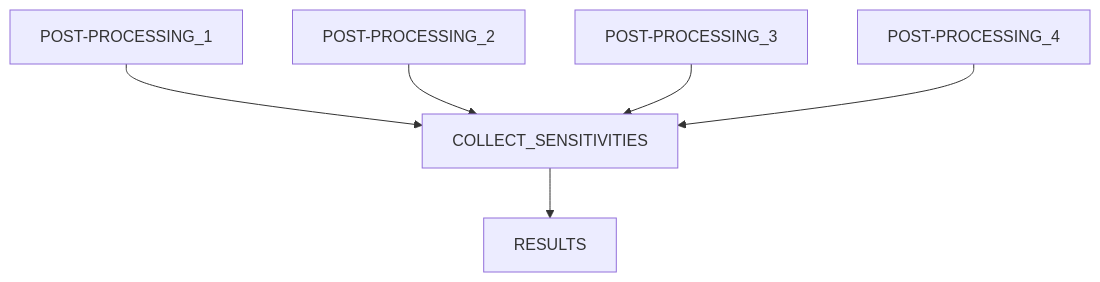
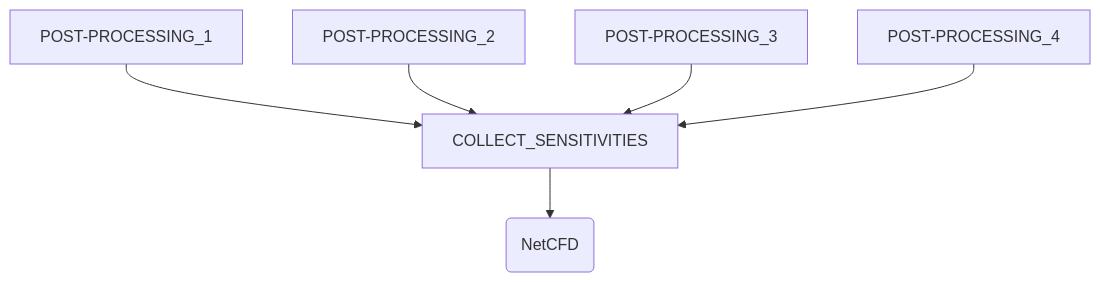
Before and after one commit to C2SM/aiidalab-flexpart: the second of 3 diagrams in README.md, drawn with Mermaid. The commit also changed other lines of this file and 8 other files, not shown here.

````diff
--- a/README.md
+++ b/README.md
@@ -137,11 +137,10 @@
 ```mermaid
    graph TD;
      
       POST-PROCESSING_1 -->COLLECT_SENSITIVITIES;
       POST-PROCESSING_2 -->COLLECT_SENSITIVITIES;
       POST-PROCESSING_3 -->COLLECT_SENSITIVITIES;
       POST-PROCESSING_4 -->COLLECT_SENSITIVITIES;
 
-      COLLECT_SENSITIVITIES --> RESULTS;
-
+      COLLECT_SENSITIVITIES --> RESULTS(NetCFD);
 ```
````
